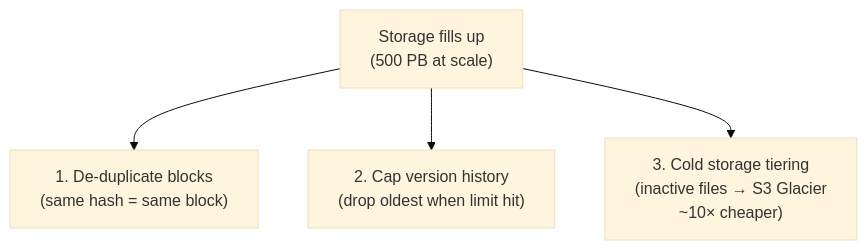
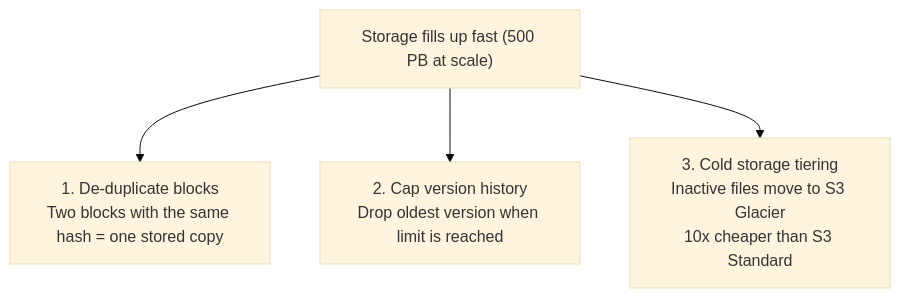
Diagram 14 of 16 in google-drive-system-design.md (Arnavjain1703/HLD), drawn with Mermaid (base theme) before and after one commit. The commit also changed other lines of this file, not shown here.

````diff
--- a/google-drive-system-design.md
+++ b/google-drive-system-design.md
@@ -459,11 +490,11 @@
 ```mermaid
 graph TD
-    problem["Storage fills up\n(500 PB at scale)"]
-    d1["1. De-duplicate blocks\n(same hash = same block)"]
-    d2["2. Cap version history\n(drop oldest when limit hit)"]
-    d3["3. Cold storage tiering\n(inactive files → S3 Glacier\n~10× cheaper)"]
+    problem["Storage fills up fast (500 PB at scale)"]
+    d1["1. De-duplicate blocks<br/>Two blocks with the same hash = one stored copy"]
+    d2["2. Cap version history<br/>Drop oldest version when limit is reached"]
+    d3["3. Cold storage tiering<br/>Inactive files move to S3 Glacier<br/>10x cheaper than S3 Standard"]
 
     problem --> d1
     problem --> d2
     problem --> d3
 ```
````
